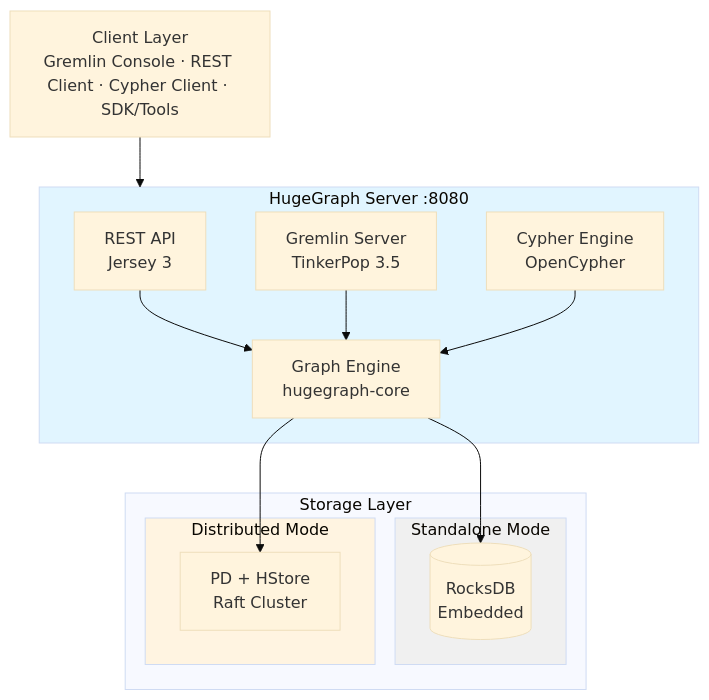
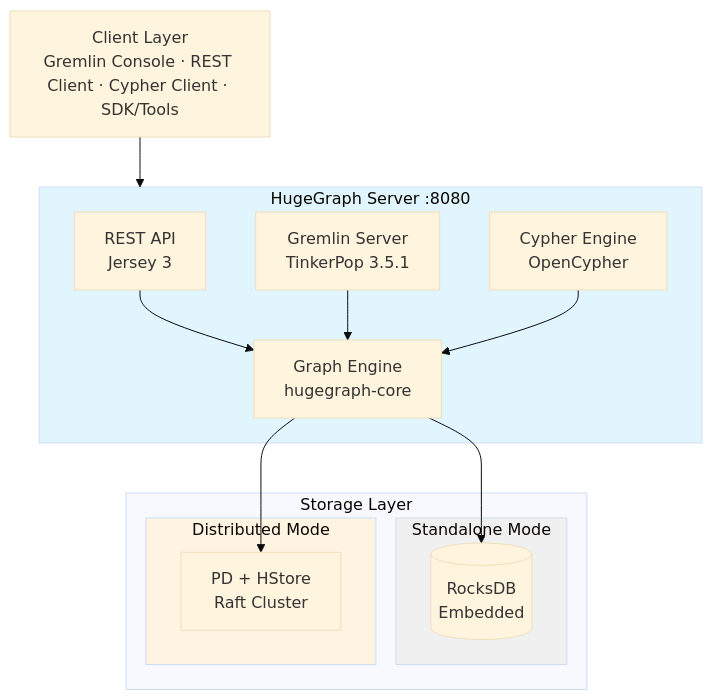
Before and after one commit to zqf20096327/dbhub_collect: the diagram in data/readmes/apache__hugegraph.md, drawn with Mermaid (base theme). The commit also changed other lines of this file and 376 other files, not shown here.

````diff
--- a/data/readmes/apache__hugegraph.md
+++ b/data/readmes/apache__hugegraph.md
@@ -122,33 +122,33 @@
 ```mermaid
 flowchart TB
     CLIENTS["Client Layer<br/>Gremlin Console · REST Client · Cypher Client · SDK/Tools"]
 
     subgraph Server["HugeGraph Server :8080"]
         API[REST API<br/>Jersey 3]
-        GS[Gremlin Server<br/>TinkerPop 3.5]
+        GS[Gremlin Server<br/>TinkerPop 3.5.1]
         CS[Cypher Engine<br/>OpenCypher]
         CORE[Graph Engine<br/>hugegraph-core]
 
         API --> CORE
         GS --> CORE
         CS --> CORE
     end
 
     subgraph Storage["Storage Layer"]
         subgraph Standalone["Standalone Mode"]
             ROCKS[(RocksDB<br/>Embedded)]
         end
 
         subgraph Distributed["Distributed Mode"]
             PD_HSTORE[PD + HStore<br/>Raft Cluster]
         end
     end
 
     CLIENTS --> Server
     CORE --> ROCKS
     CORE --> PD_HSTORE
 
     style Server fill:#e1f5ff
     style Distributed fill:#fff4e1
     style Standalone fill:#f0f0f0
 ```
````
